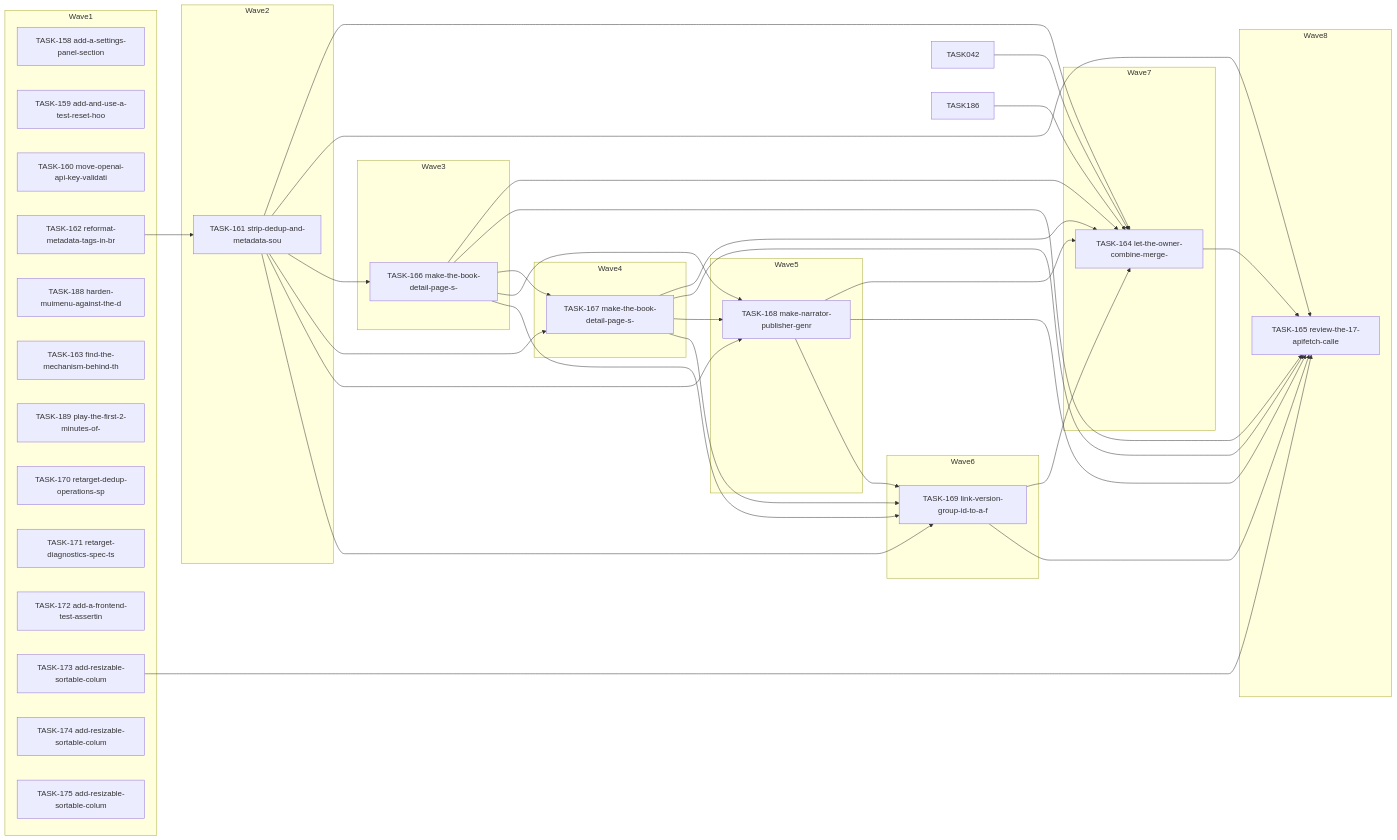
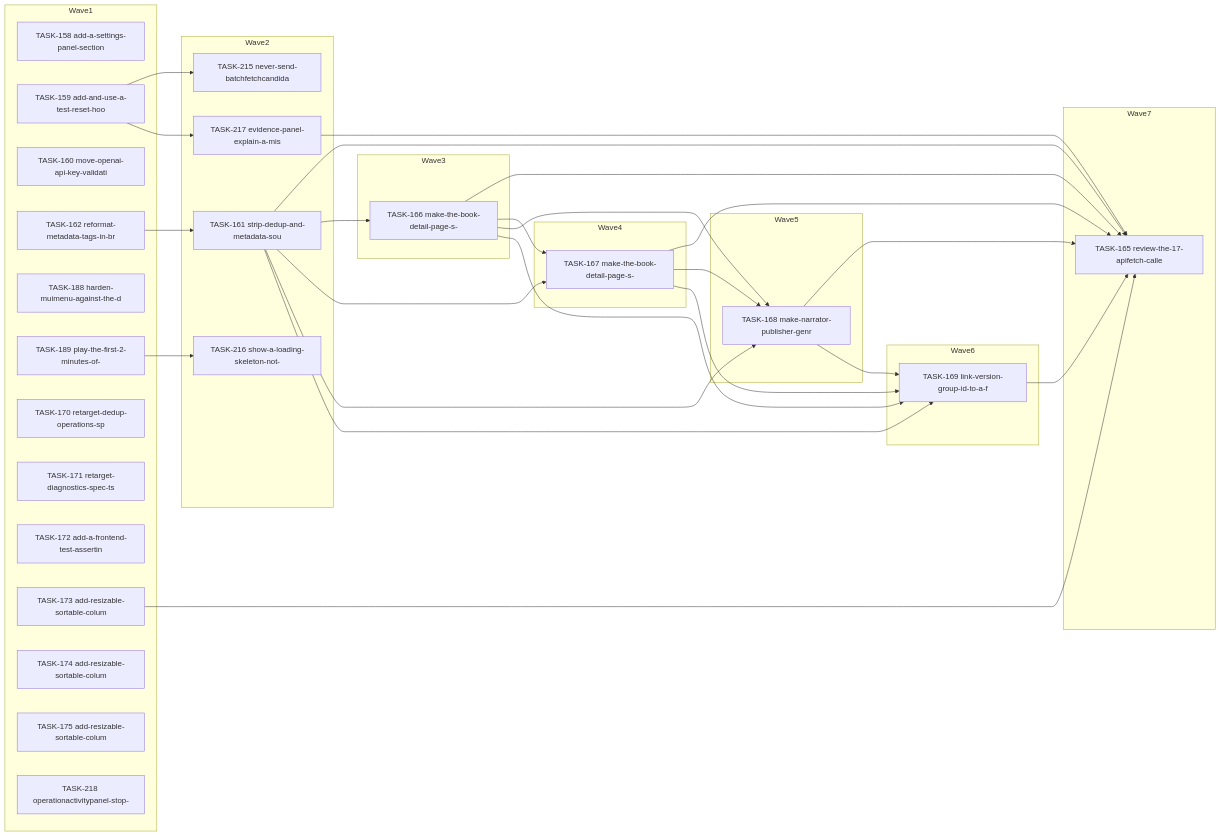
The diagram in docs/agent-tasks/todo-completion/web/orchestration.md (falkcorp/audiobook-organizer), drawn with Mermaid before and after one commit. The commit also changed other lines of this file and 325 other files, not shown here.

````diff
--- a/docs/agent-tasks/todo-completion/web/orchestration.md
+++ b/docs/agent-tasks/todo-completion/web/orchestration.md
@@ -12,64 +12,60 @@
 ```mermaid
 flowchart LR
     subgraph Wave1
       TASK158[TASK-158 add-a-settings-panel-section]
       TASK159[TASK-159 add-and-use-a-test-reset-hoo]
       TASK160[TASK-160 move-openai-api-key-validati]
       TASK162[TASK-162 reformat-metadata-tags-in-br]
       TASK188[TASK-188 harden-muimenu-against-the-d]
-      TASK163[TASK-163 find-the-mechanism-behind-th]
       TASK189[TASK-189 play-the-first-2-minutes-of-]
       TASK170[TASK-170 retarget-dedup-operations-sp]
       TASK171[TASK-171 retarget-diagnostics-spec-ts]
       TASK172[TASK-172 add-a-frontend-test-assertin]
       TASK173[TASK-173 add-resizable-sortable-colum]
       TASK174[TASK-174 add-resizable-sortable-colum]
       TASK175[TASK-175 add-resizable-sortable-colum]
+      TASK218[TASK-218 operationactivitypanel-stop-]
     end
     subgraph Wave2
       TASK161[TASK-161 strip-dedup-and-metadata-sou]
+      TASK215[TASK-215 never-send-batchfetchcandida]
+      TASK216[TASK-216 show-a-loading-skeleton-not-]
+      TASK217[TASK-217 evidence-panel-explain-a-mis]
     end
     subgraph Wave3
       TASK166[TASK-166 make-the-book-detail-page-s-]
     end
     subgraph Wave4
       TASK167[TASK-167 make-the-book-detail-page-s-]
     end
     subgraph Wave5
       TASK168[TASK-168 make-narrator-publisher-genr]
     end
     subgraph Wave6
       TASK169[TASK-169 link-version-group-id-to-a-f]
     end
     subgraph Wave7
-      TASK164[TASK-164 let-the-owner-combine-merge-]
-    end
-    subgraph Wave8
       TASK165[TASK-165 review-the-17-apifetch-calle]
     end
-    TASK042 --> TASK164
-    TASK161 --> TASK164
+    TASK159 --> TASK215
+    TASK159 --> TASK217
     TASK161 --> TASK165
     TASK161 --> TASK166
     TASK161 --> TASK167
     TASK161 --> TASK168
     TASK161 --> TASK169
     TASK162 --> TASK161
-    TASK164 --> TASK165
-    TASK166 --> TASK164
     TASK166 --> TASK165
     TASK166 --> TASK167
     TASK166 --> TASK168
     TASK166 --> TASK169
-    TASK167 --> TASK164
     TASK167 --> TASK165
     TASK167 --> TASK168
     TASK167 --> TASK169
-    TASK168 --> TASK164
     TASK168 --> TASK165
     TASK168 --> TASK169
-    TASK169 --> TASK164
     TASK169 --> TASK165
     TASK173 --> TASK165
-    TASK186 --> TASK164
+    TASK189 --> TASK216
+    TASK217 --> TASK165
 ```
````
